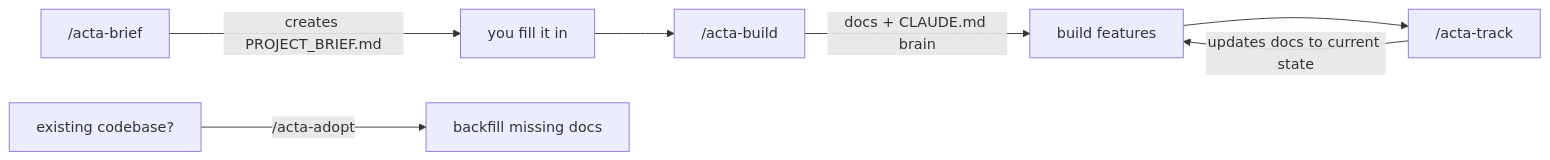
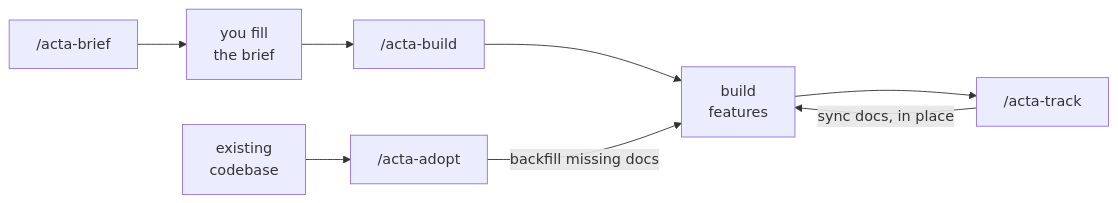
One commit to erenisci/acta changed the diagram in README.md. Above: the diagram before and after it, drawn with Mermaid. The commit also changed other lines of this file, not shown here.

````diff
--- a/README.md
+++ b/README.md
@@ -120,9 +46,10 @@
 ```mermaid
 flowchart LR
-    A["/acta-brief"] -->|creates PROJECT_BRIEF.md| B["you fill it in"]
+    A["/acta-brief"] --> B["you fill<br/>the brief"]
     B --> C["/acta-build"]
-    C -->|docs + CLAUDE.md brain| D["build features"]
+    C --> D["build<br/>features"]
     D --> E["/acta-track"]
-    E -->|updates docs to current state| D
-    F["existing codebase?"] -->|"/acta-adopt"| C2["backfill missing docs"]
+    E -->|"sync docs, in place"| D
+    F["existing<br/>codebase"] --> G["/acta-adopt"]
+    G -->|"backfill missing docs"| D
 ```
````
